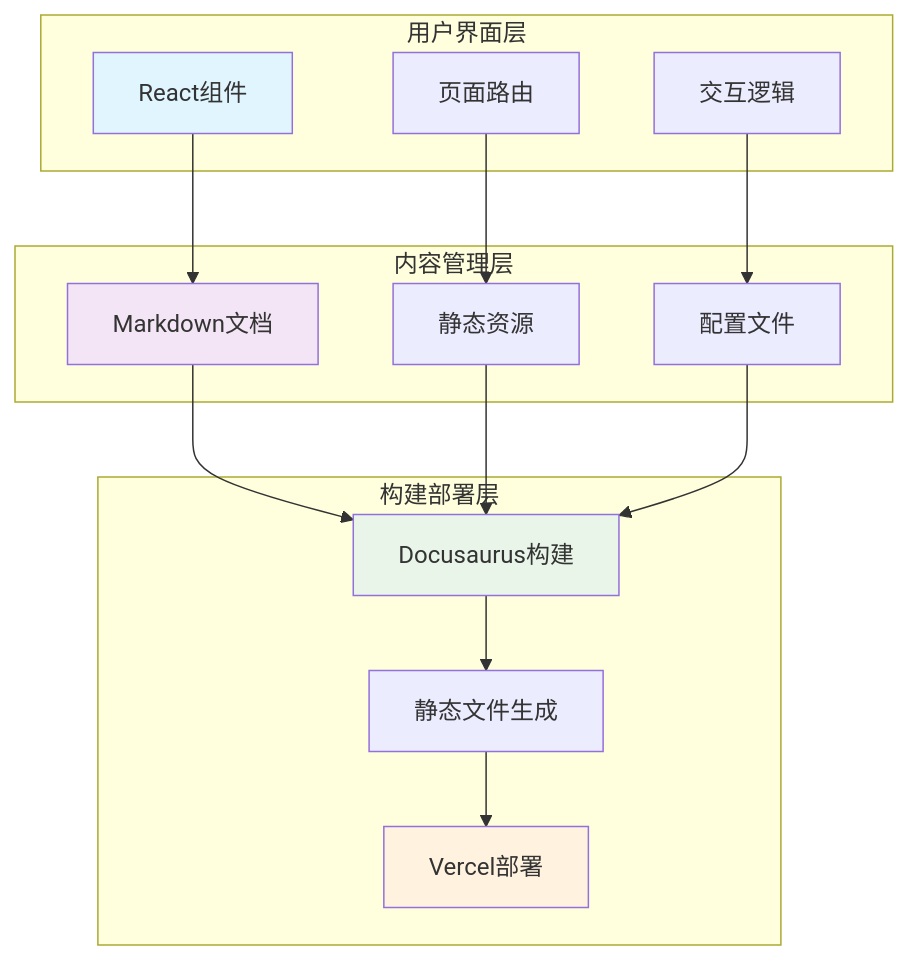
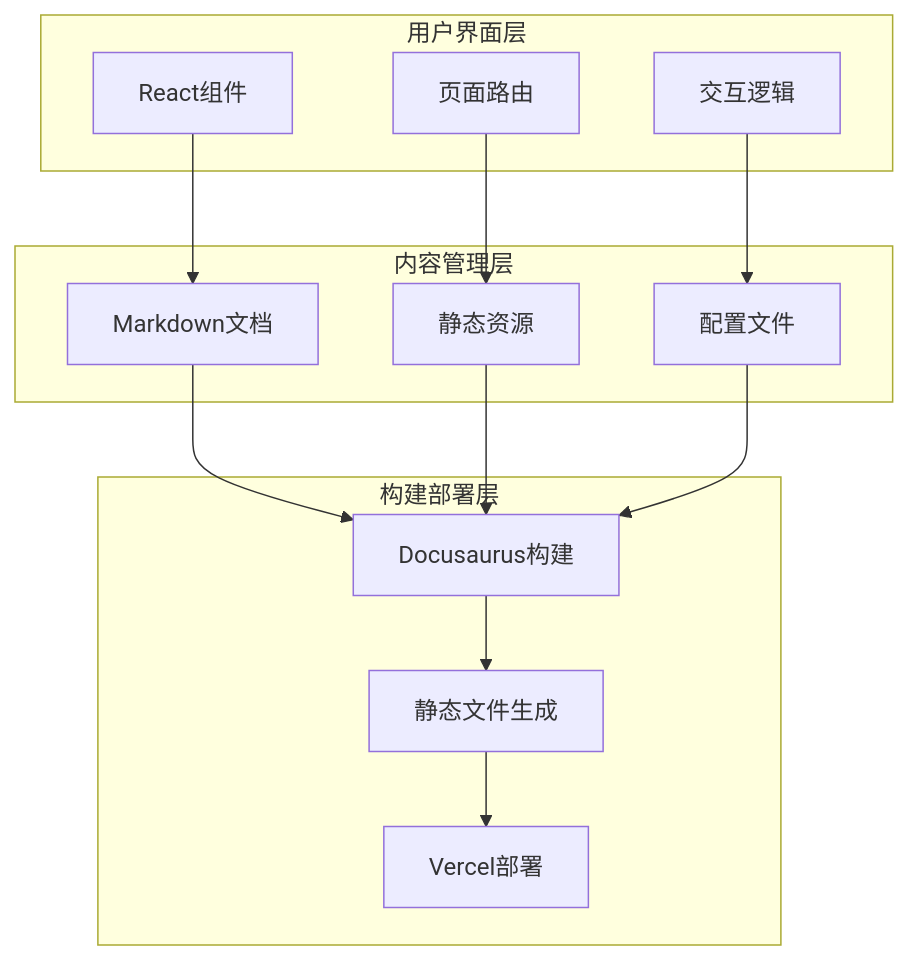
Before and after one commit to ChanMeng666/ai-programming-teaching-project: the fourth of 6 diagrams in versioned_docs/version-2024-winter/advanced/cases/sasa-project.mdx, drawn with Mermaid. The commit also changed other lines of this file and 94 other files, not shown here.

First line of the commit message:
refactor(docs): unify MDX style and add Mermaid dual-view component

````diff
--- a/versioned_docs/version-2024-winter/advanced/cases/sasa-project.mdx
+++ b/versioned_docs/version-2024-winter/advanced/cases/sasa-project.mdx
@@ -238,34 +208,29 @@
 ```mermaid
 graph TB
     subgraph "用户界面层"
         A[React组件]
         B[页面路由]
         C[交互逻辑]
     end
     
     subgraph "内容管理层"
         D[Markdown文档]
         E[静态资源]
         F[配置文件]
     end
     
     subgraph "构建部署层"
         G[Docusaurus构建]
         H[静态文件生成]
         I[Vercel部署]
     end
     
     A --> D
     B --> E
     C --> F
     D --> G
     E --> G
     F --> G
     G --> H
     H --> I
-    
-    style A fill:#e1f5fe
-    style D fill:#f3e5f5
-    style G fill:#e8f5e8
-    style I fill:#fff3e0
 ```
````
